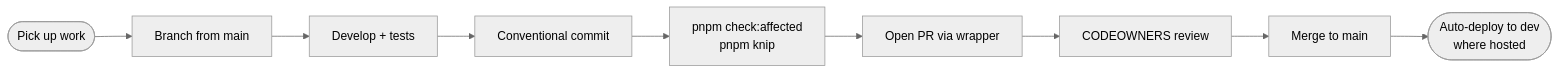
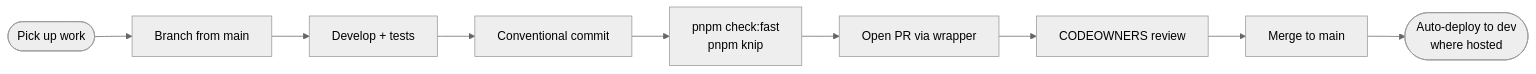
One commit to a-c-m/dev-opinions changed the diagram in docs/sops/dev-pr-flow.md. Above: the diagram before and after it, drawn with Mermaid (neutral theme). The commit also changed other lines of this file and 6 other files, not shown here.

````diff
--- a/docs/sops/dev-pr-flow.md
+++ b/docs/sops/dev-pr-flow.md
@@ -23,11 +23,11 @@
 ```mermaid
 flowchart LR
     A([Pick up work]) --> B[Branch from main]
     B --> C[Develop + tests]
     C --> D[Conventional commit]
-    D --> E[pnpm check:affected<br/>pnpm knip]
+    D --> E[pnpm check:fast<br/>pnpm knip]
     E --> F[Open PR via wrapper]
     F --> G[CODEOWNERS review]
     G --> H[Merge to main]
     H --> I([Auto-deploy to dev<br/>where hosted])
 ```
````
